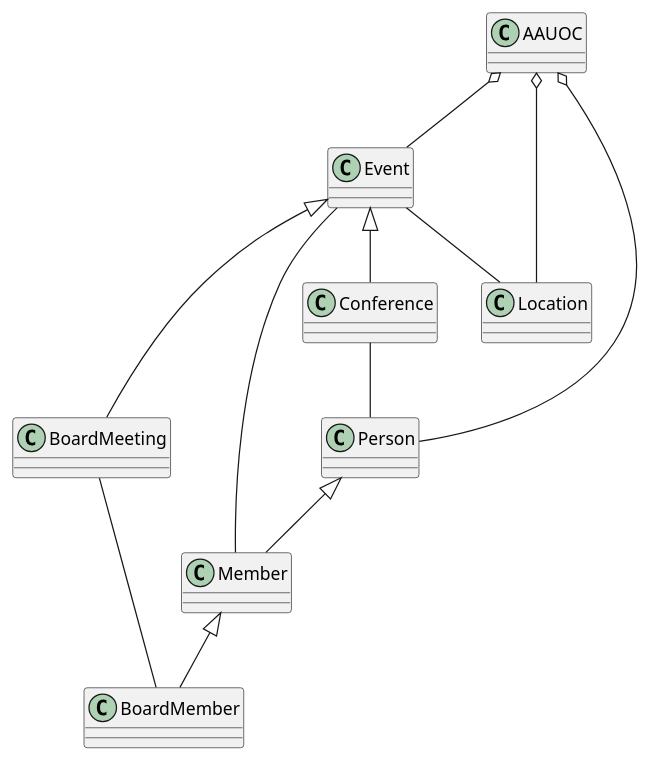
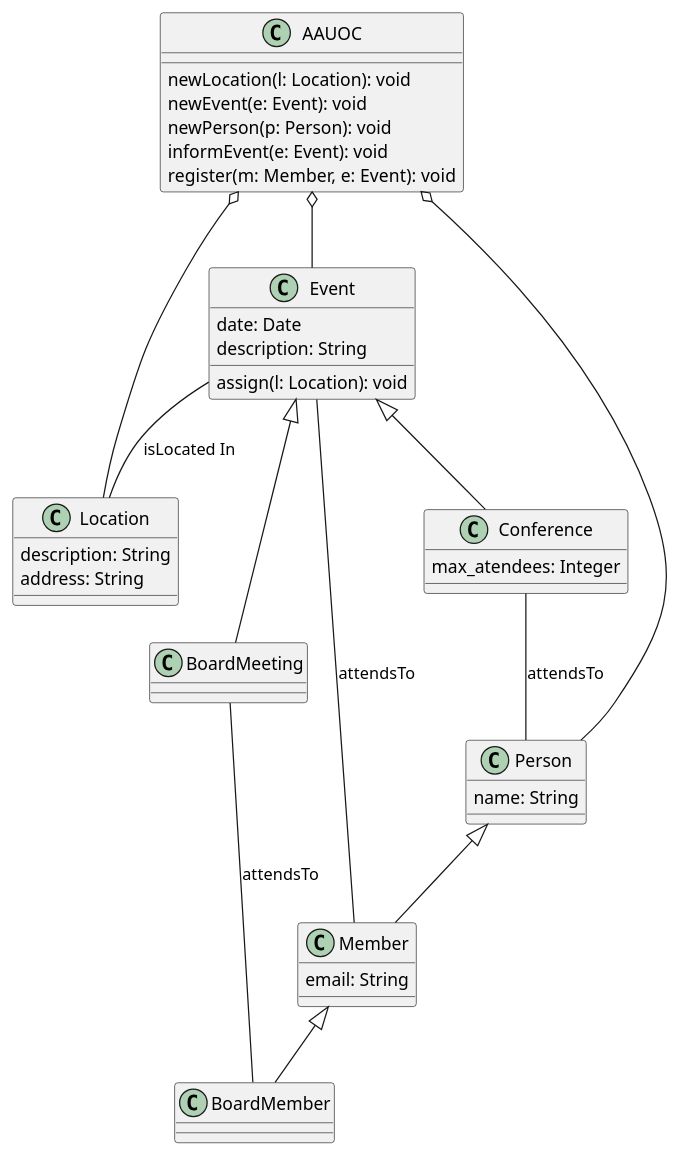
One commit to raulico661/UMLClasesRaul changed the diagram in src/UML.puml. Above: the diagram before and after it, drawn with PlantUML. The commit also changed 1 other file, not shown here.

```diff
--- a/src/UML.puml
+++ b/src/UML.puml
@@ -1,25 +1,44 @@
 @startuml
-class Member
+class Member{
+    {field} email: String
+}
 class BoardMember
-class Event
-class Conference
+class Event{
+    {field} date: Date
+    {field} description: String
+    {method} assign(l: Location): void
+}
+class Conference{
+    {field} max_atendees: Integer
+}
 class BoardMeeting
-class Location
-class Person
+class Location{
+    {field} description: String
+    {field} address: String
+}
+class Person{
+    {field} name: String
+}
 
 Event <|-- Conference
 Event <|-- BoardMeeting
 
 Person <|-- Member
 Member <|-- BoardMember
 
 AAUOC o-- Person
 AAUOC o-- Event
 AAUOC o-- Location
 
-Event -- Location
-Event -- Member
-Conference -- Person
-BoardMeeting -- BoardMember
+Event -- Location : isLocated In
+Event -- Member : attendsTo
+Conference -- Person : attendsTo
+BoardMeeting -- BoardMember : attendsTo
+
+AAUOC : newLocation(l: Location): void
+AAUOC : newEvent(e: Event): void
+AAUOC : newPerson(p: Person): void
+AAUOC : informEvent(e: Event): void
+AAUOC : register(m: Member, e: Event): void
 
 @enduml
```
